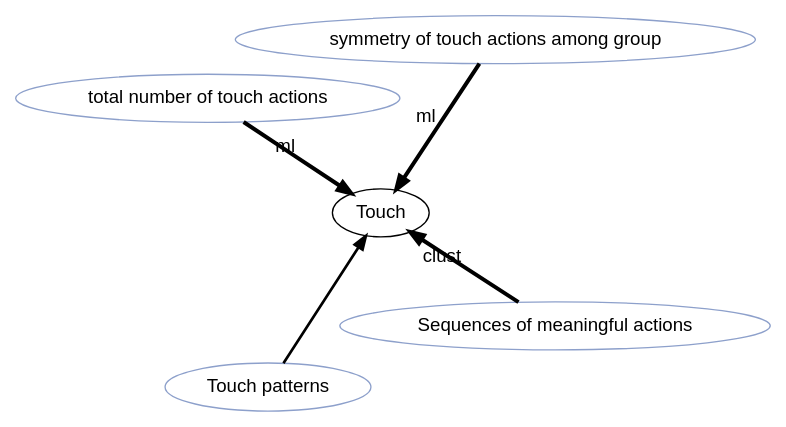
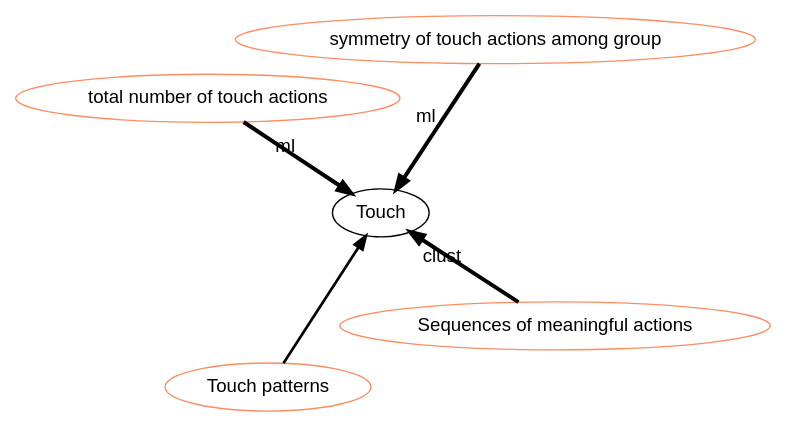
Before and after one commit to hgse-schneider/mmca: the diagram in graphviz/Touch.gv, drawn with Graphviz. The commit also changed 115 other files, not shown here.

```diff
--- a/graphviz/Touch.gv
+++ b/graphviz/Touch.gv
@@ -1,29 +1,29 @@
 digraph world {
         size="10,10";
         layout=neato
         graph [fontname = "helvetica"];
         node [fontname = "helvetica", colorscheme=set28];
         edge [fontname = "helvetica", colorscheme=set28];
 
 	"Touch" [href="index.svg"];
-	"Sequences of meaningful actions" [href="https://scholar.google.com/scholar?hl=en&q=Capturing%20and%20analyzing%20verbal%20and%20physical%20collaborative%20learning%20interactions%20at%20an%20enriched%20interactive%20tabletop" target="_blank" , color="3"];
-	"Touch patterns" [href="https://scholar.google.com/scholar?hl=en&q=Modeling%20Collaboration%20Patterns%20on%20an%20Interactive%20Tabletop%20in%20a%20Classroom%20Setting" target="_blank" , color="3"];
-	"total number of touch actions" [href="https://scholar.google.com/scholar?hl=en&q=An%20Automatic%20Approach%20for%20Mining%20Patterns%20of%20Collaboration%20around%20an%20Interactive%20Tabletop" target="_blank" , color="3"];
-	"symmetry of touch actions among group" [href="https://scholar.google.com/scholar?hl=en&q=An%20Automatic%20Approach%20for%20Mining%20Patterns%20of%20Collaboration%20around%20an%20Interactive%20Tabletop" target="_blank" , color="3"];
-	"Sequences of meaningful actions" [href="https://scholar.google.com/scholar?hl=en&q=Capturing%20and%20analyzing%20verbal%20and%20physical%20collaborative%20learning%20interactions%20at%20an%20enriched%20interactive%20tabletop" target="_blank" , color="3"];
-	"Sequences of meaningful actions" [href="https://scholar.google.com/scholar?hl=en&q=Capturing%20and%20analyzing%20verbal%20and%20physical%20collaborative%20learning%20interactions%20at%20an%20enriched%20interactive%20tabletop" target="_blank" , color="3"];
-	"Touch patterns" [href="https://scholar.google.com/scholar?hl=en&q=Modeling%20Collaboration%20Patterns%20on%20an%20Interactive%20Tabletop%20in%20a%20Classroom%20Setting" target="_blank" , color="3"];
-	"total number of touch actions" [href="https://scholar.google.com/scholar?hl=en&q=An%20Automatic%20Approach%20for%20Mining%20Patterns%20of%20Collaboration%20around%20an%20Interactive%20Tabletop" target="_blank" , color="3"];
-	"total number of touch actions" [href="https://scholar.google.com/scholar?hl=en&q=An%20Automatic%20Approach%20for%20Mining%20Patterns%20of%20Collaboration%20around%20an%20Interactive%20Tabletop" target="_blank" , color="3"];
-	"symmetry of touch actions among group" [href="https://scholar.google.com/scholar?hl=en&q=An%20Automatic%20Approach%20for%20Mining%20Patterns%20of%20Collaboration%20around%20an%20Interactive%20Tabletop" target="_blank" , color="3"];
-	"symmetry of touch actions among group" [href="https://scholar.google.com/scholar?hl=en&q=An%20Automatic%20Approach%20for%20Mining%20Patterns%20of%20Collaboration%20around%20an%20Interactive%20Tabletop" target="_blank" , color="3"];
+	"Sequences of meaningful actions" [href="https://scholar.google.com/scholar?hl=en&q=Capturing%20and%20analyzing%20verbal%20and%20physical%20collaborative%20learning%20interactions%20at%20an%20enriched%20interactive%20tabletop" target="_blank" , color="2"];
+	"Touch patterns" [href="https://scholar.google.com/scholar?hl=en&q=Modeling%20Collaboration%20Patterns%20on%20an%20Interactive%20Tabletop%20in%20a%20Classroom%20Setting" target="_blank" , color="2"];
+	"total number of touch actions" [href="https://scholar.google.com/scholar?hl=en&q=An%20Automatic%20Approach%20for%20Mining%20Patterns%20of%20Collaboration%20around%20an%20Interactive%20Tabletop" target="_blank" , color="2"];
+	"symmetry of touch actions among group" [href="https://scholar.google.com/scholar?hl=en&q=An%20Automatic%20Approach%20for%20Mining%20Patterns%20of%20Collaboration%20around%20an%20Interactive%20Tabletop" target="_blank" , color="2"];
+	"Sequences of meaningful actions" [href="https://scholar.google.com/scholar?hl=en&q=Capturing%20and%20analyzing%20verbal%20and%20physical%20collaborative%20learning%20interactions%20at%20an%20enriched%20interactive%20tabletop" target="_blank" , color="2"];
+	"Sequences of meaningful actions" [href="https://scholar.google.com/scholar?hl=en&q=Capturing%20and%20analyzing%20verbal%20and%20physical%20collaborative%20learning%20interactions%20at%20an%20enriched%20interactive%20tabletop" target="_blank" , color="2"];
+	"Touch patterns" [href="https://scholar.google.com/scholar?hl=en&q=Modeling%20Collaboration%20Patterns%20on%20an%20Interactive%20Tabletop%20in%20a%20Classroom%20Setting" target="_blank" , color="2"];
+	"total number of touch actions" [href="https://scholar.google.com/scholar?hl=en&q=An%20Automatic%20Approach%20for%20Mining%20Patterns%20of%20Collaboration%20around%20an%20Interactive%20Tabletop" target="_blank" , color="2"];
+	"total number of touch actions" [href="https://scholar.google.com/scholar?hl=en&q=An%20Automatic%20Approach%20for%20Mining%20Patterns%20of%20Collaboration%20around%20an%20Interactive%20Tabletop" target="_blank" , color="2"];
+	"symmetry of touch actions among group" [href="https://scholar.google.com/scholar?hl=en&q=An%20Automatic%20Approach%20for%20Mining%20Patterns%20of%20Collaboration%20around%20an%20Interactive%20Tabletop" target="_blank" , color="2"];
+	"symmetry of touch actions among group" [href="https://scholar.google.com/scholar?hl=en&q=An%20Automatic%20Approach%20for%20Mining%20Patterns%20of%20Collaboration%20around%20an%20Interactive%20Tabletop" target="_blank" , color="2"];
 	"Sequences of meaningful actions" -> "Touch" [label="clust", labeltooltip=3, style="solid", penwidth=3];
 	"Touch patterns" -> "Touch" [label="", labeltooltip=2, style="solid", penwidth=2];
 	"total number of touch actions" -> "Touch" [label="ml", labeltooltip=3, style="solid", penwidth=3];
 	"symmetry of touch actions among group" -> "Touch" [label="ml", labeltooltip=3, style="solid", penwidth=3];
 
  overlap=false 
  splines = true; 
 
 
 }
```
